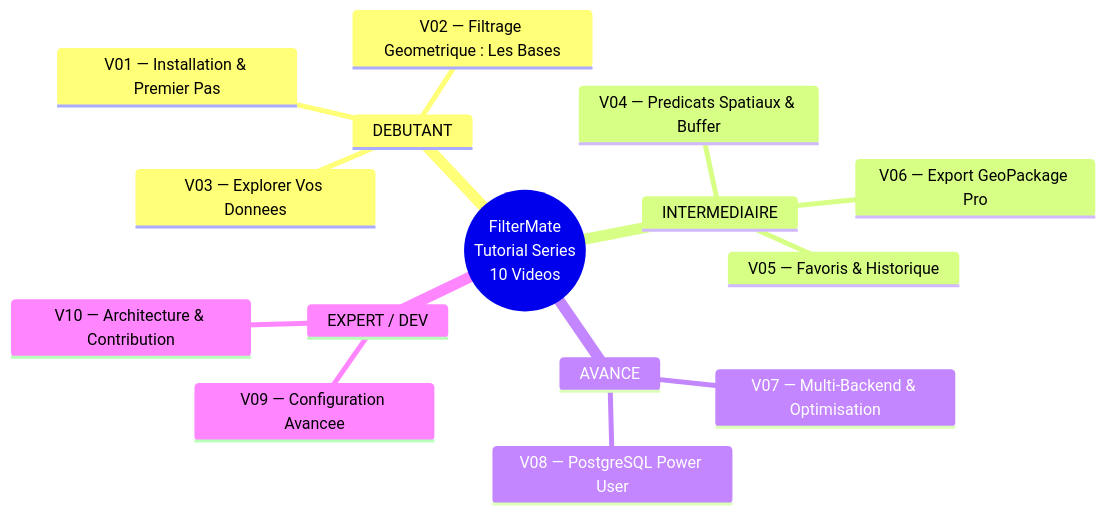
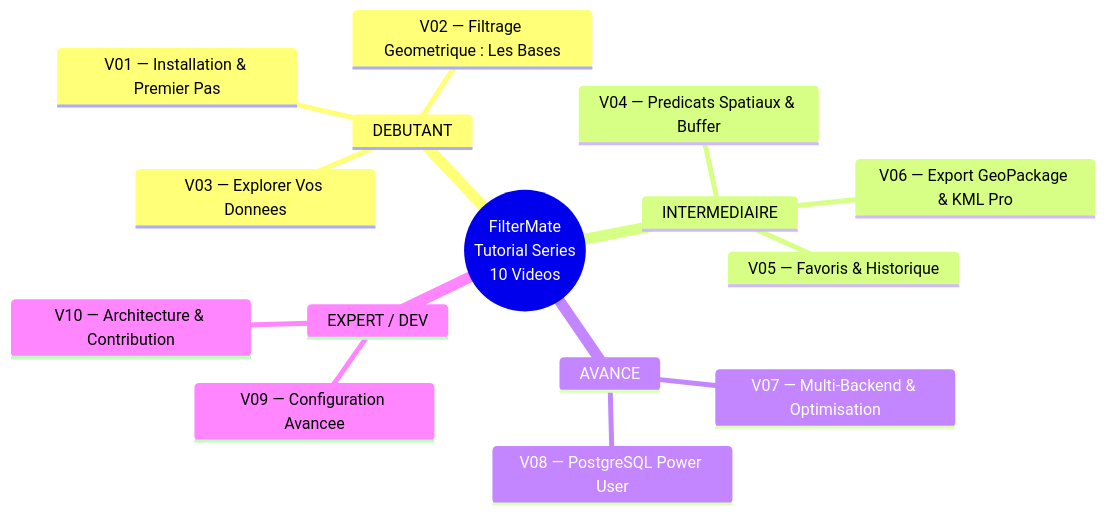
Before and after one commit to imagodata/filter_mate: the first of 23 diagrams in website/TUTORIAL_SERIES_AUDIT.md, drawn with Mermaid. The commit also changed other lines of this file and 10 other files, not shown here.

First line of the commit message:
Add 10 tutorial video scripts with 46 Mermaid diagrams (5997 lines)

````diff
--- a/website/TUTORIAL_SERIES_AUDIT.md
+++ b/website/TUTORIAL_SERIES_AUDIT.md
@@ -47,18 +47,18 @@
 ```mermaid
 mindmap
   root((FilterMate<br/>Tutorial Series<br/>10 Videos))
     DEBUTANT
       V01 — Installation & Premier Pas
       V02 — Filtrage Geometrique : Les Bases
       V03 — Explorer Vos Donnees
     INTERMEDIAIRE
       V04 — Predicats Spatiaux & Buffer
       V05 — Favoris & Historique
-      V06 — Export GeoPackage Pro
+      V06 — Export GeoPackage & KML Pro
     AVANCE
       V07 — Multi-Backend & Optimisation
       V08 — PostgreSQL Power User
     EXPERT / DEV
       V09 — Configuration Avancee
       V10 — Architecture & Contribution
 ```
````
